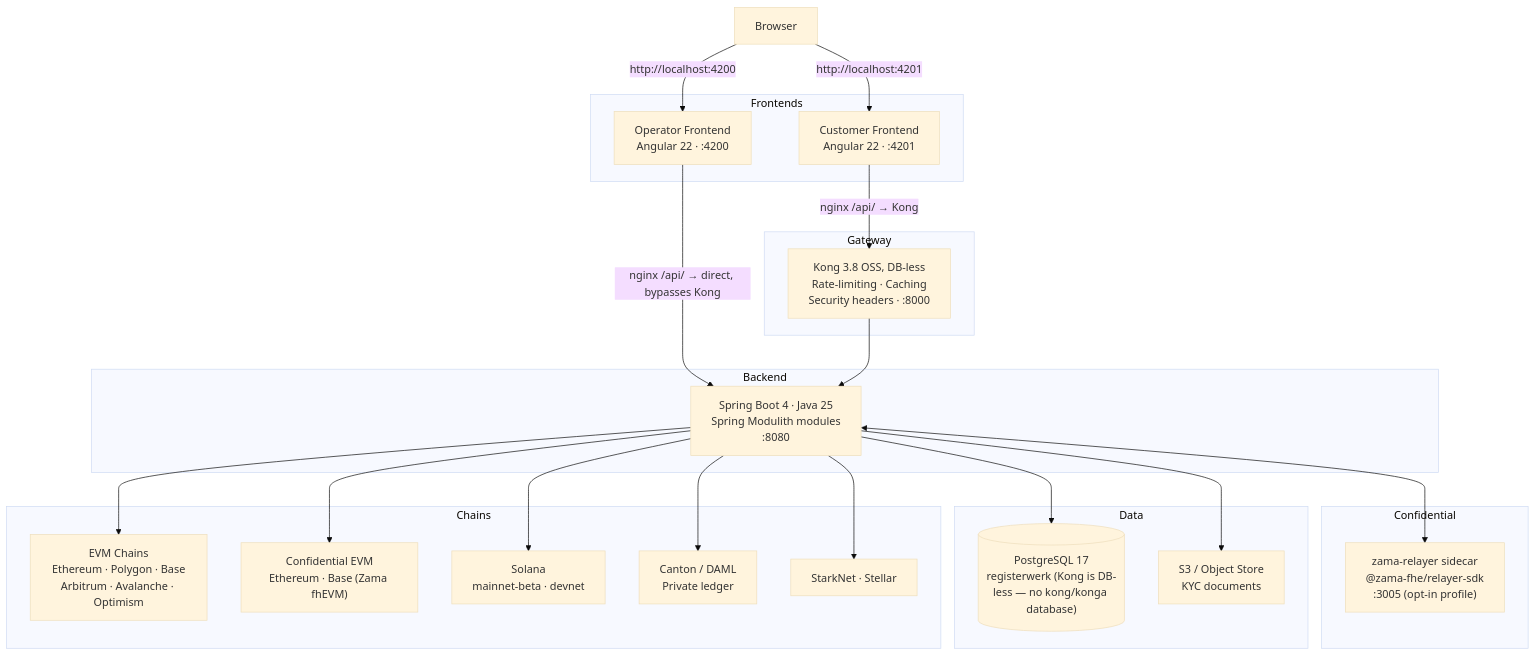
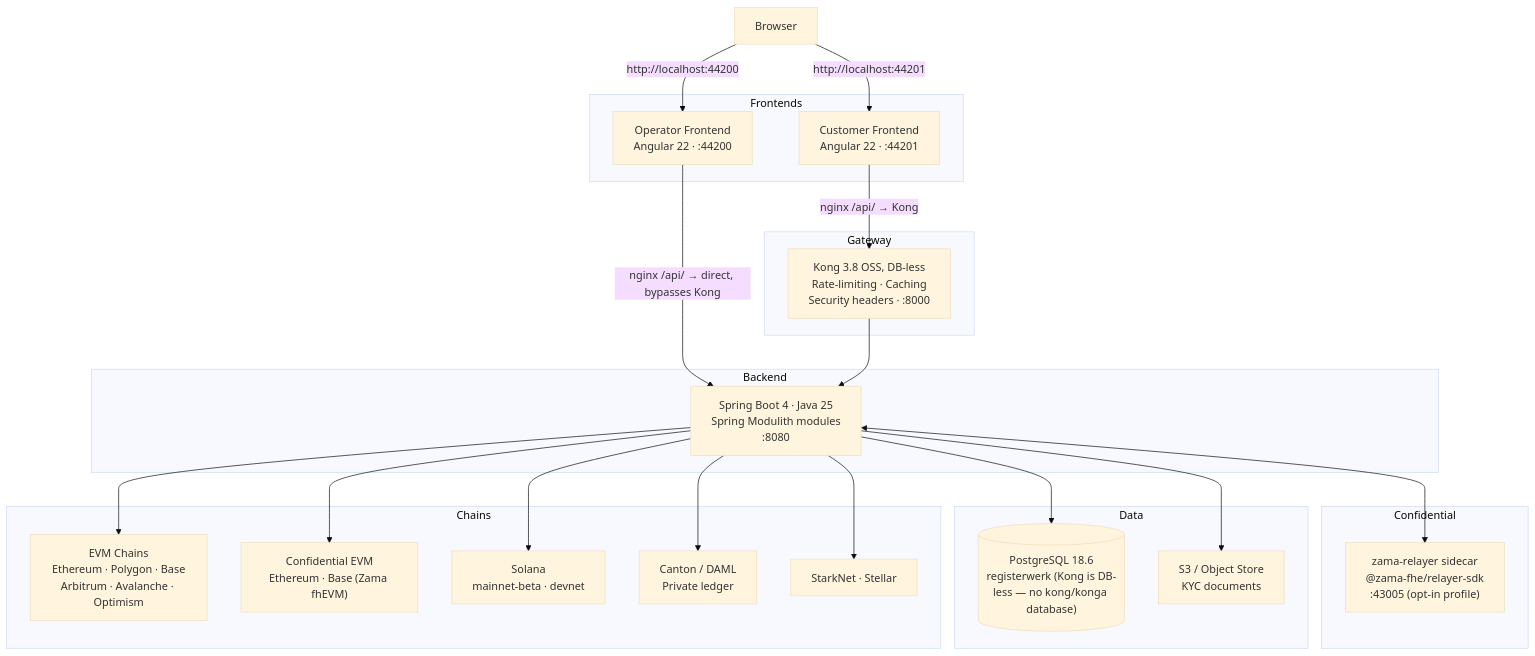
The first of 2 diagrams in docs/intro/architecture.de.md (makibytes/registerwerk), drawn with Mermaid (base theme) before and after one commit. The commit also changed other lines of this file and 147 other files, not shown here.

````diff
--- a/docs/intro/architecture.de.md
+++ b/docs/intro/architecture.de.md
@@ -14,48 +14,48 @@
 ```mermaid
 graph TB
     U["Browser"]
 
     subgraph Frontends
-        FO["Operator Frontend<br/>Angular 22 · :4200"]
-        FC["Customer Frontend<br/>Angular 22 · :4201"]
+        FO["Operator Frontend<br/>Angular 22 · :44200"]
+        FC["Customer Frontend<br/>Angular 22 · :44201"]
     end
 
     subgraph Gateway
         K["Kong 3.8 OSS, DB-less<br/>Rate-limiting · Caching<br/>Security headers · :8000"]
     end
 
     subgraph Backend
         B["Spring Boot 4 · Java 25<br/>Spring Modulith modules<br/>:8080"]
     end
 
     subgraph Confidential
-        ZR["zama-relayer sidecar<br/>@zama-fhe/relayer-sdk<br/>:3005 (opt-in profile)"]
+        ZR["zama-relayer sidecar<br/>@zama-fhe/relayer-sdk<br/>:43005 (opt-in profile)"]
     end
 
     subgraph Data
-        PG[("PostgreSQL 17<br/>registerwerk (Kong is DB-less — no kong/konga database)")]
+        PG[("PostgreSQL 18.6<br/>registerwerk (Kong is DB-less — no kong/konga database)")]
         S3["S3 / Object Store<br/>KYC documents"]
     end
 
     subgraph Chains
         EVM["EVM Chains<br/>Ethereum · Polygon · Base<br/>Arbitrum · Avalanche · Optimism"]
         CEVM["Confidential EVM<br/>Ethereum · Base (Zama fhEVM)"]
         SOL["Solana<br/>mainnet-beta · devnet"]
         CTN["Canton / DAML<br/>Private ledger"]
         STR["StarkNet · Stellar"]
     end
 
-    U -->|"http://localhost:4200"| FO
-    U -->|"http://localhost:4201"| FC
+    U -->|"http://localhost:44200"| FO
+    U -->|"http://localhost:44201"| FC
     FO -->|"nginx /api/ → direct, bypasses Kong"| B
     FC -->|"nginx /api/ → Kong"| K
     K --> B
     B <--> ZR
     B --> PG
     B --> S3
     B --> EVM
     B --> CEVM
     B --> SOL
     B --> CTN
     B --> STR
 ```
````
